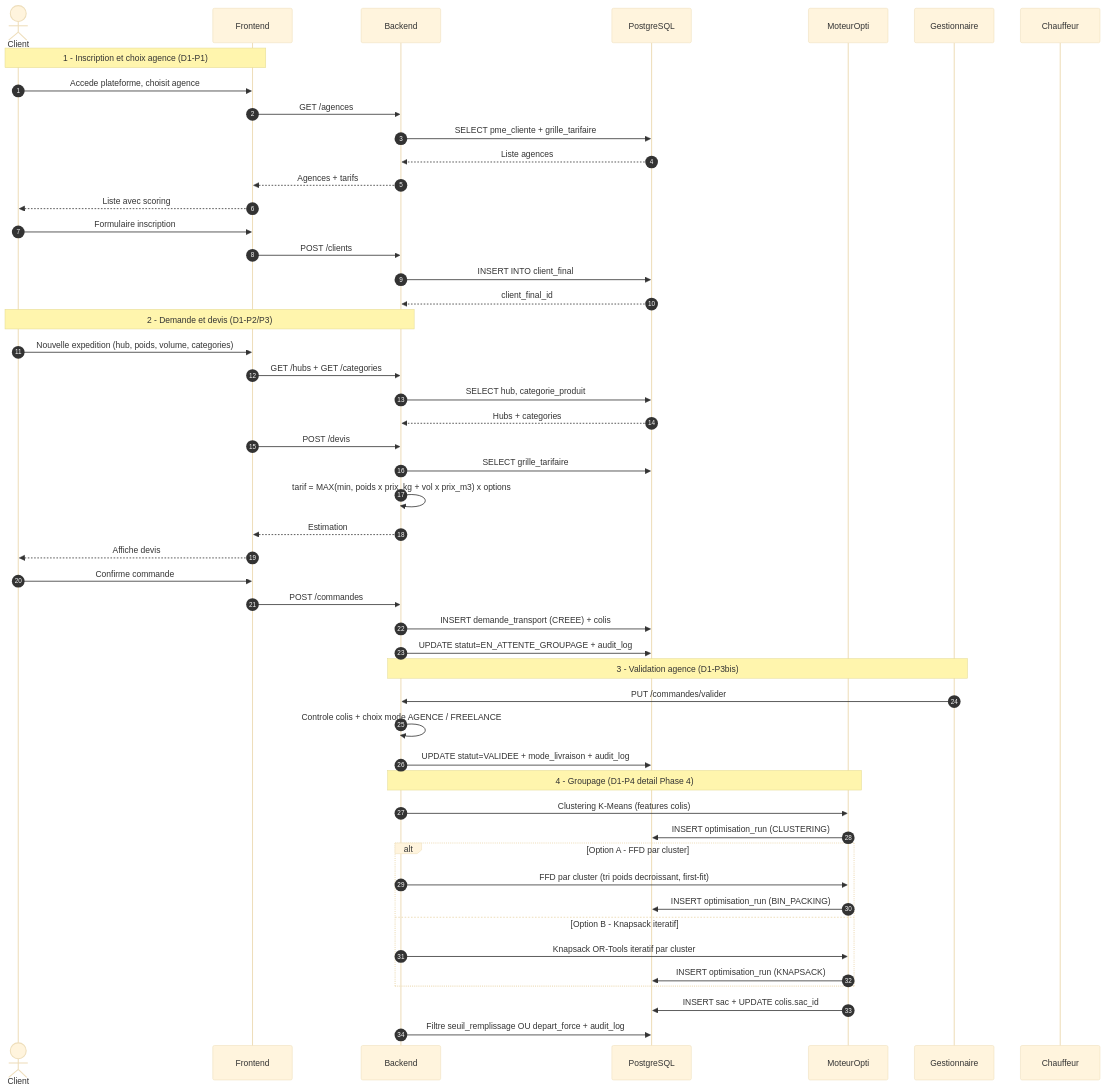
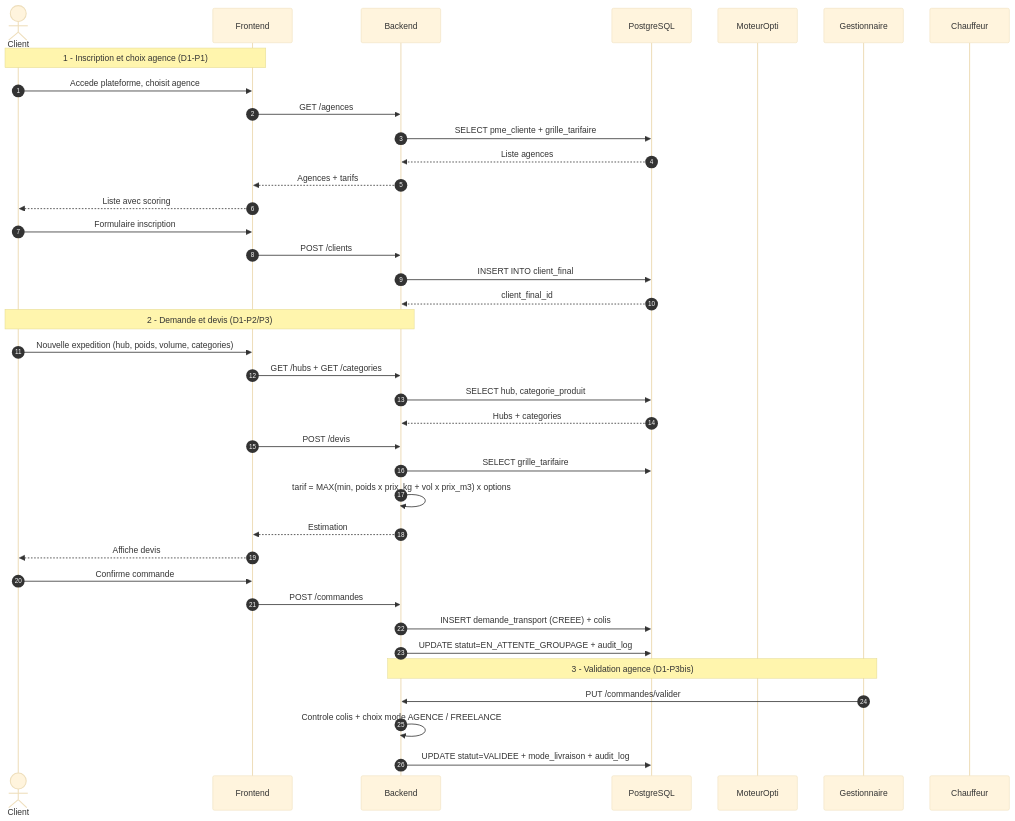
One commit to Anthony-hub7/Madalogistics changed the first of 3 diagrams in README-Phases-MadaLogistix.md. Above: the diagram before and after it, drawn with Mermaid (base theme). The commit also changed other lines of this file and 36 other files, not shown here.

````diff
--- a/README-Phases-MadaLogistix.md
+++ b/README-Phases-MadaLogistix.md
@@ -22,56 +23,43 @@
 ```mermaid
 sequenceDiagram
     autonumber
     actor C as Client
     participant F as Frontend
     participant A as Backend
     participant D as PostgreSQL
     participant M as MoteurOpti
     participant G as Gestionnaire
     participant H as Chauffeur
 
     Note over C,F: 1 - Inscription et choix agence (D1-P1)
     C->>F: Accede plateforme, choisit agence
     F->>A: GET /agences
     A->>D: SELECT pme_cliente + grille_tarifaire
     D-->>A: Liste agences
     A-->>F: Agences + tarifs
     F-->>C: Liste avec scoring
     C->>F: Formulaire inscription
     F->>A: POST /clients
     A->>D: INSERT INTO client_final
     D-->>A: client_final_id
 
     Note over C,A: 2 - Demande et devis (D1-P2/P3)
     C->>F: Nouvelle expedition (hub, poids, volume, categories)
     F->>A: GET /hubs + GET /categories
     A->>D: SELECT hub, categorie_produit
     D-->>A: Hubs + categories
     F->>A: POST /devis
     A->>D: SELECT grille_tarifaire
     A->>A: tarif = MAX(min, poids x prix_kg + vol x prix_m3) x options
     A-->>F: Estimation
     F-->>C: Affiche devis
     C->>F: Confirme commande
     F->>A: POST /commandes
     A->>D: INSERT demande_transport (CREEE) + colis
     A->>D: UPDATE statut=EN_ATTENTE_GROUPAGE + audit_log
 
     Note over A,G: 3 - Validation agence (D1-P3bis)
     G->>A: PUT /commandes/valider
     A->>A: Controle colis + choix mode AGENCE / FREELANCE
     A->>D: UPDATE statut=VALIDEE + mode_livraison + audit_log
-
-    Note over A,M: 4 - Groupage (D1-P4 detail Phase 4)
-    A->>M: Clustering K-Means (features colis)
-    M->>D: INSERT optimisation_run (CLUSTERING)
-    alt Option A - FFD par cluster
-        A->>M: FFD par cluster (tri poids decroissant, first-fit)
-        M->>D: INSERT optimisation_run (BIN_PACKING)
-    else Option B - Knapsack iteratif
-        A->>M: Knapsack OR-Tools iteratif par cluster
-        M->>D: INSERT optimisation_run (KNAPSACK)
-    end
-    M->>D: INSERT sac + UPDATE colis.sac_id
-    A->>D: Filtre seuil_remplissage OU depart_force + audit_log
 ```
````
